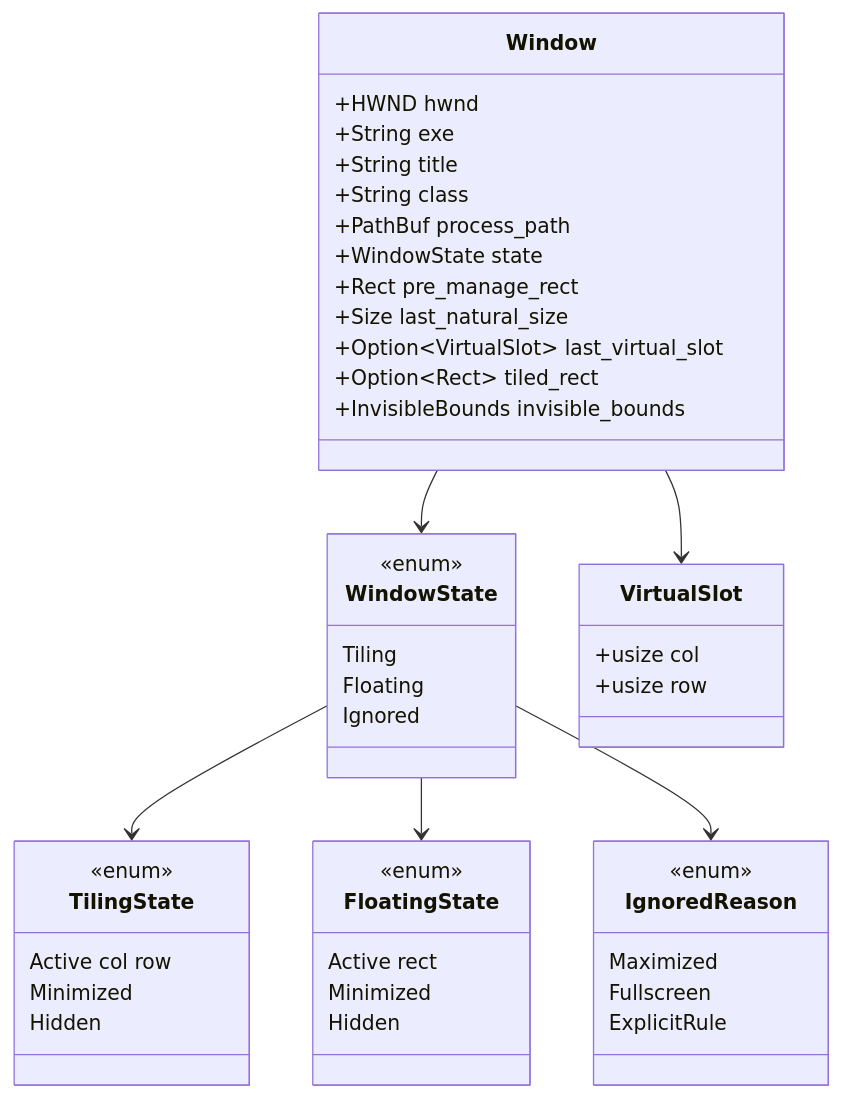
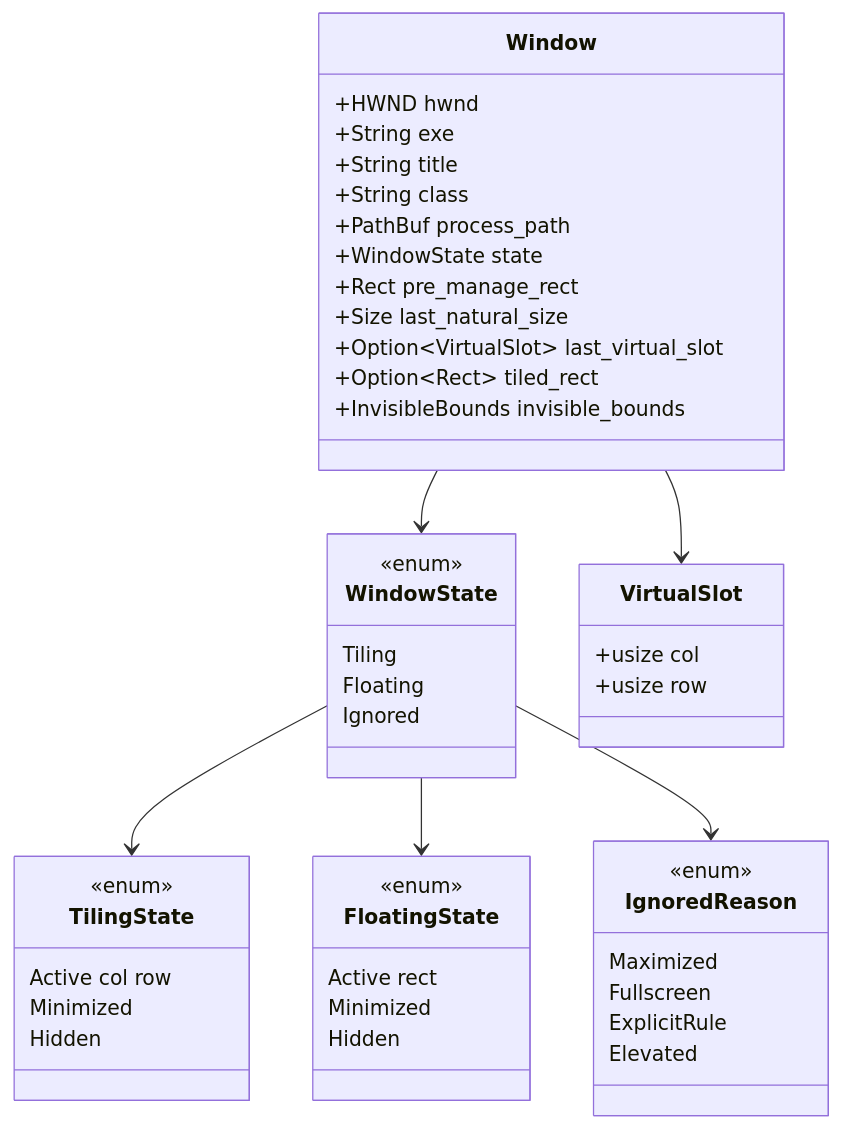
One commit to darth-feir/flow-wm-multi-monitor changed the first of 4 diagrams in docs/src/dev-guide/window-registry.md. Above: the diagram before and after it, drawn with Mermaid. The commit also changed other lines of this file and 32 other files, not shown here.

````diff
--- a/docs/src/dev-guide/window-registry.md
+++ b/docs/src/dev-guide/window-registry.md
@@ -32,49 +32,50 @@
 ```mermaid
 classDiagram
     class WindowState {
         <<enum>>
         Tiling
         Floating
         Ignored
     }
     class TilingState {
         <<enum>>
         Active col row
         Minimized
         Hidden
     }
     class FloatingState {
         <<enum>>
         Active rect
         Minimized
         Hidden
     }
     class IgnoredReason {
         <<enum>>
         Maximized
         Fullscreen
         ExplicitRule
+        Elevated
     }
     class Window {
         +HWND hwnd
         +String exe
         +String title
         +String class
         +PathBuf process_path
         +WindowState state
         +Rect pre_manage_rect
         +Size last_natural_size
         +Option~VirtualSlot~ last_virtual_slot
         +Option~Rect~ tiled_rect
         +InvisibleBounds invisible_bounds
     }
     class VirtualSlot {
         +usize col
         +usize row
     }
     WindowState --> TilingState
     WindowState --> FloatingState
     WindowState --> IgnoredReason
     Window --> WindowState
     Window --> VirtualSlot
 ```
````
